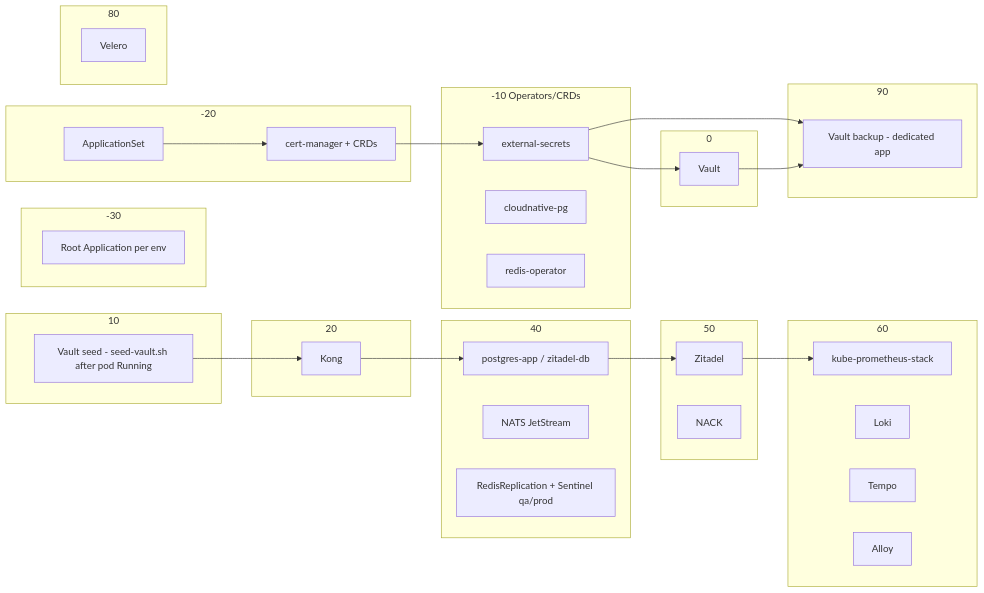
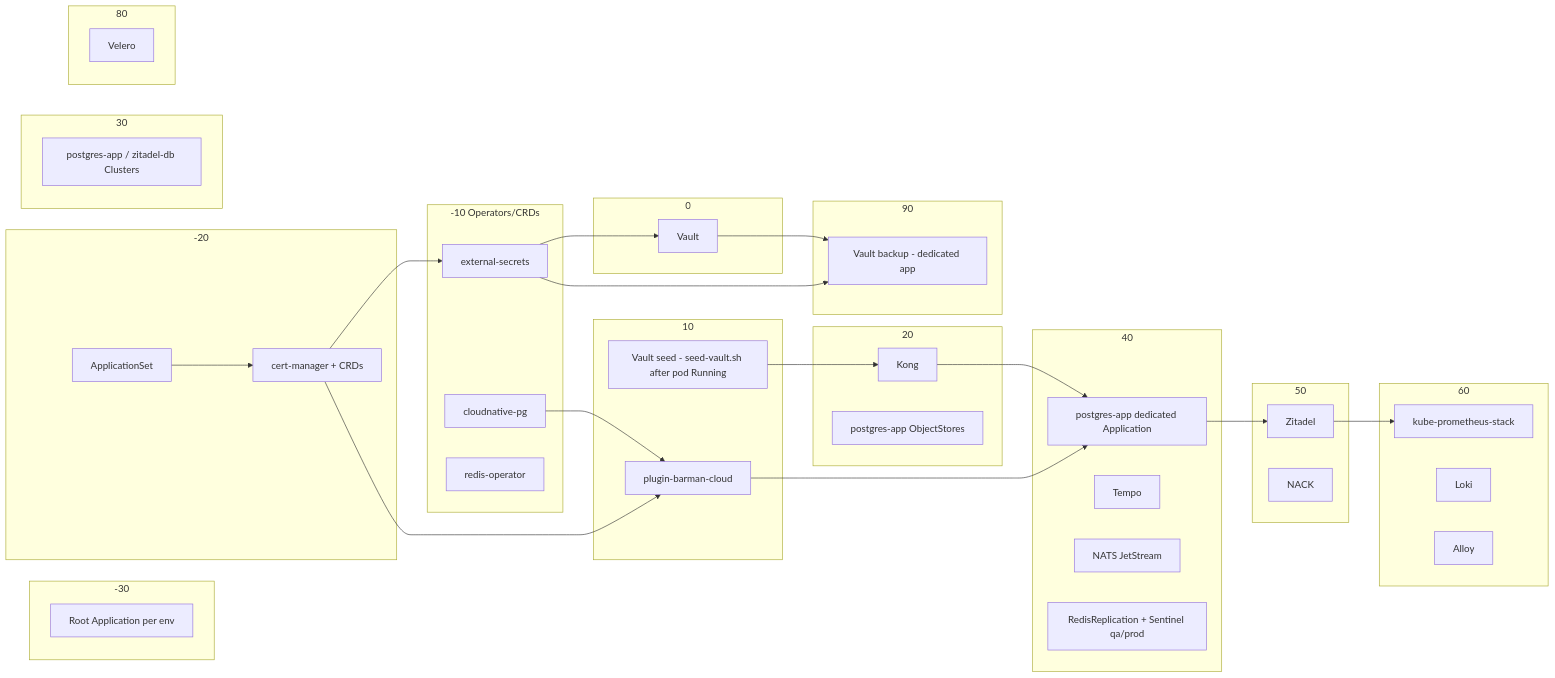
The second of 3 diagrams in docs/architecture.md (sca-templates/infra-kubernetes), drawn with Mermaid before and after one commit. The commit also changed other lines of this file and 53 other files, not shown here.

First line of the commit message:
feat(cnpg): migrate backups to Barman Cloud plugin (#129)

````diff
--- a/docs/architecture.md
+++ b/docs/architecture.md
@@ -199,54 +205,63 @@
 ```mermaid
 graph LR
     subgraph W-30["-30"]
         A[Root Application per env]
     end
     subgraph W-20["-20"]
         B[ApplicationSet]
         C[cert-manager + CRDs]
     end
     subgraph W-10["-10 Operators/CRDs"]
         D[external-secrets]
         F[cloudnative-pg]
         H[redis-operator]
     end
     subgraph W0["0"]
         I[Vault]
     end
     subgraph W10["10"]
         J[Vault seed - seed-vault.sh after pod Running]
+        P1[plugin-barman-cloud]
     end
     subgraph W20["20"]
         K[Kong]
+        O1[postgres-app ObjectStores]
+    end
+    subgraph W30["30"]
+        M1[postgres-app / zitadel-db Clusters]
     end
     subgraph W40["40"]
-        M[postgres-app / zitadel-db]
+        M[postgres-app dedicated Application]
+        S[ScheduledBackups]
         N[NATS JetStream]
         O[RedisReplication + Sentinel qa/prod]
     end
     subgraph W50["50"]
         P[Zitadel]
         P2[NACK]
     end
     subgraph W60["60"]
         Q[kube-prometheus-stack]
         R[Loki]
         S[Tempo]
         T[Alloy]
     end
     subgraph W80["80"]
         V[Velero]
     end
     subgraph W90["90"]
         W[Vault backup - dedicated app]
     end
     B --> C
     C --> D
     D --> I
+    C --> P1
+    F --> P1
     J --> K
     K --> M
+    P1 --> M
     M --> P
     P --> Q
     D --> W
     I --> W
 ```
````
